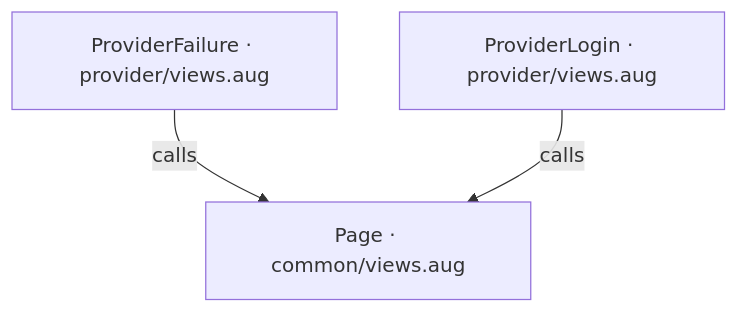
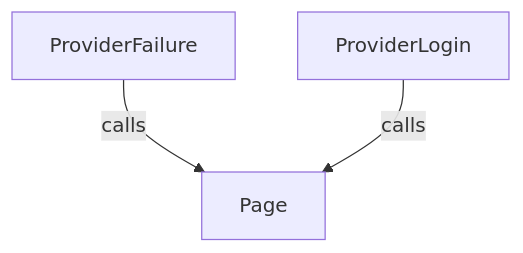
One commit to GreenPandaStudios/augscript changed the first of 3 diagrams in docs/examples/oidc-login/provider/views-diagrams.md. Above: the diagram before and after it, drawn with Mermaid. The commit also changed other lines of this file and 524 other files, not shown here.

Commit message:
Explain checked data flow at folder and service levels

````diff
--- a/docs/examples/oidc-login/provider/views-diagrams.md
+++ b/docs/examples/oidc-login/provider/views-diagrams.md
@@ -23,8 +20,8 @@
 ```mermaid
 flowchart TD
-    n0["Page · common/views.aug"]
-    n1["ProviderFailure · provider/views.aug"]
-    n2["ProviderLogin · provider/views.aug"]
+    n0["Page"]
+    n1["ProviderFailure"]
+    n2["ProviderLogin"]
     n1 -->|"calls"| n0
     n2 -->|"calls"| n0
 ```
````
